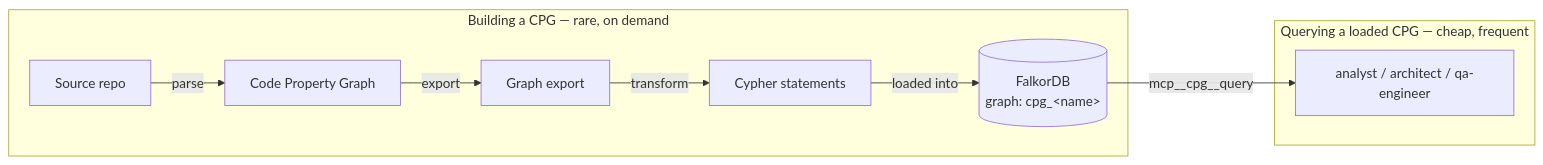
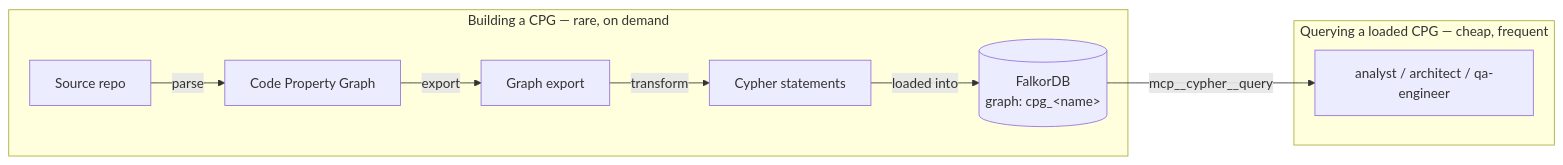
One commit to mauriciobs666/graphmind-ai-lab changed the first of 3 diagrams in docs/manuals/cpg-getting-started.md. Above: the diagram before and after it, drawn with Mermaid. The commit also changed other lines of this file and 18 other files, not shown here.

First line of the commit message:
docs(docs,mcp-monitor,falkor-chat): sweep for cpg->cypher rename, add M6 backlog section

````diff
--- a/docs/manuals/cpg-getting-started.md
+++ b/docs/manuals/cpg-getting-started.md
@@ -39,12 +39,12 @@
 ```mermaid
 flowchart LR
     subgraph Build["Building a CPG — rare, on demand"]
         A[Source repo] -->|parse| B[Code Property Graph]
         B -->|export| C[Graph export]
         C -->|transform| D[Cypher statements]
         D -->|loaded into| E[(FalkorDB<br/>graph: cpg_&lt;name&gt;)]
     end
     subgraph Query["Querying a loaded CPG — cheap, frequent"]
-        E -->|mcp__cpg__query| F[analyst / architect / qa-engineer]
+        E -->|mcp__cypher__query| F[analyst / architect / qa-engineer]
     end
 ```
````
